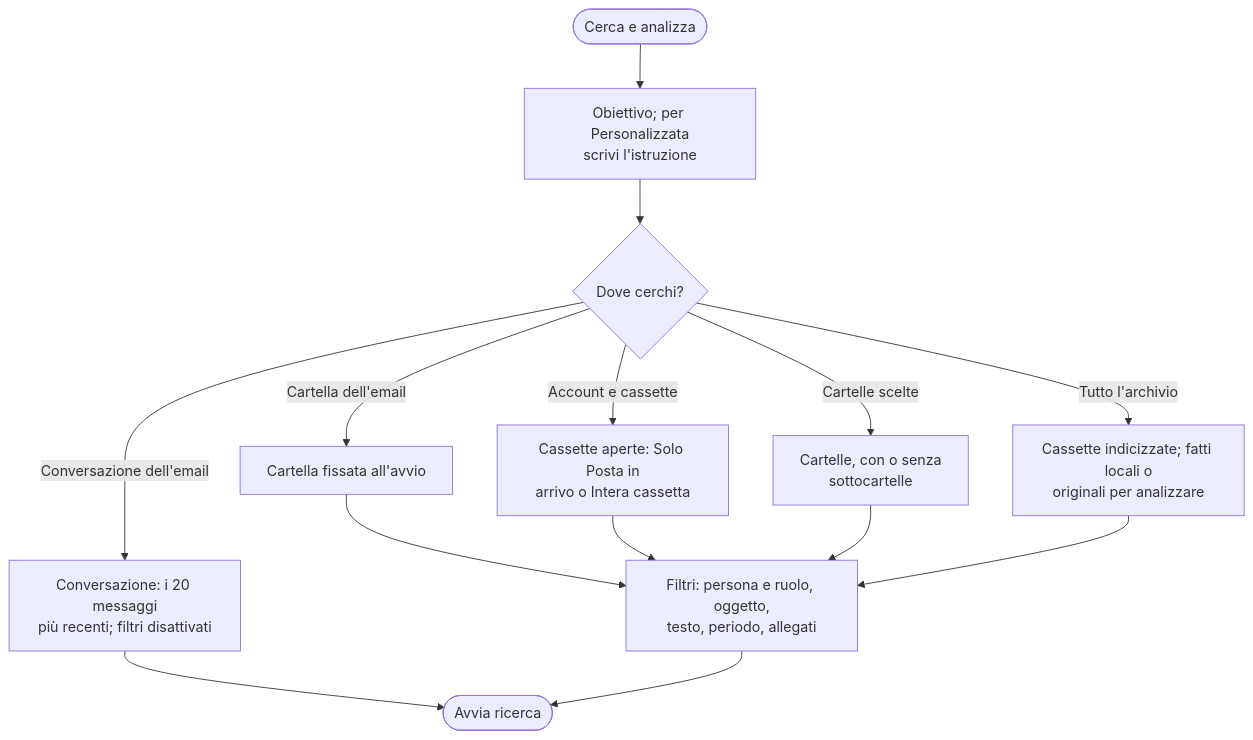
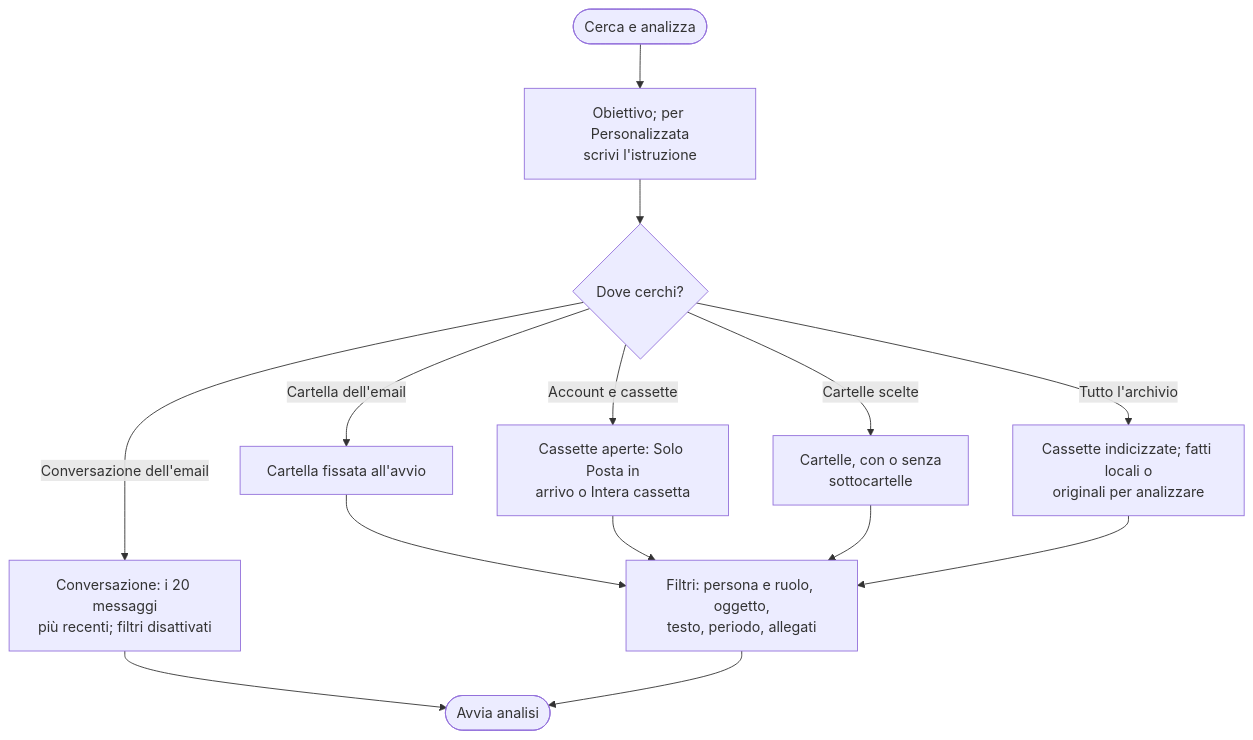
The diagram in docs/utente/cerca-analizza.md (dennidalpos/OnlyWorkspace), drawn with Mermaid before and after one commit. The commit also changed 20 other files, not shown here.

````diff
--- a/docs/utente/cerca-analizza.md
+++ b/docs/utente/cerca-analizza.md
@@ -7,16 +7,16 @@
 ```mermaid
 flowchart TD
     A(["Cerca e analizza"]) --> B["Obiettivo; per Personalizzata<br/>scrivi l'istruzione"]
     B --> C{"Dove cerchi?"}
     C -->|"Conversazione dell'email"| D["Conversazione: i 20 messaggi<br/>più recenti; filtri disattivati"]
     C -->|"Cartella dell'email"| E["Cartella fissata all'avvio"]
     C -->|"Account e cassette"| F["Cassette aperte: Solo Posta in<br/>arrivo o Intera cassetta"]
     C -->|"Cartelle scelte"| G["Cartelle, con o senza<br/>sottocartelle"]
     C -->|"Tutto l'archivio"| H["Cassette indicizzate; fatti locali o<br/>originali per analizzare"]
     E --> I["Filtri: persona e ruolo, oggetto,<br/>testo, periodo, allegati"]
     F --> I
     G --> I
     H --> I
-    D --> J(["Avvia ricerca"])
+    D --> J(["Avvia analisi"])
     I --> J
 ```
````
